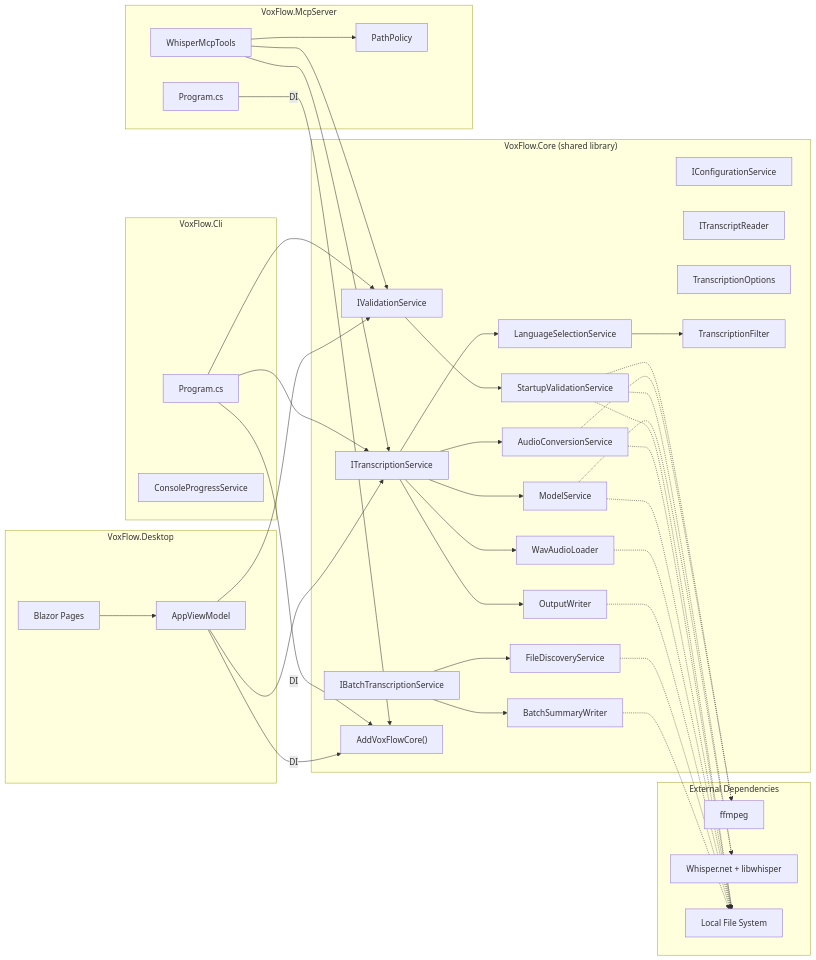
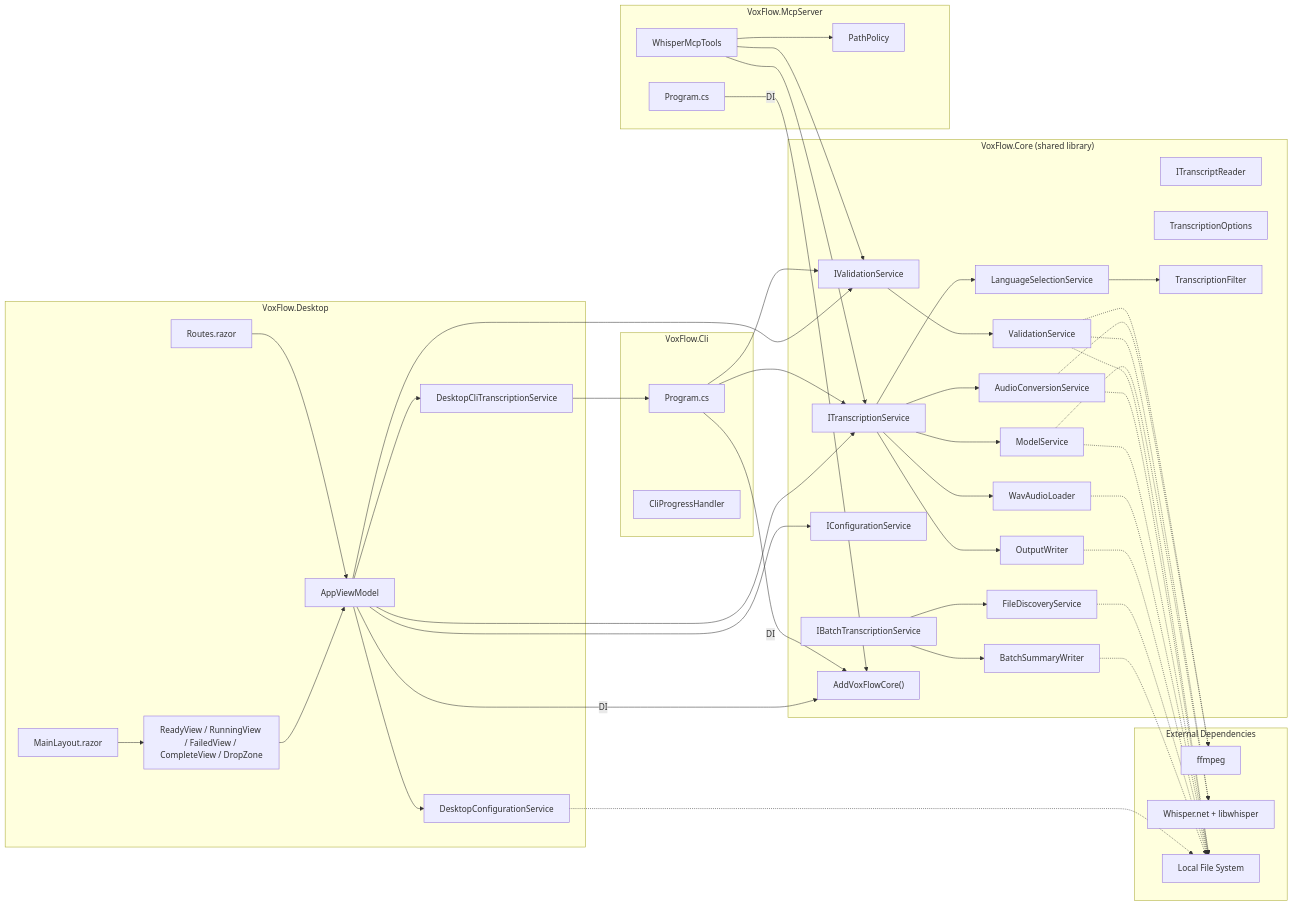
One commit to artemsemdev/VoxFlow changed the diagram in docs/architecture/03-component-view.md. Above: the diagram before and after it, drawn with Mermaid. The commit also changed other lines of this file and 12 other files, not shown here.

First line of the commit message:
refactor: simplify VoxFlow Desktop UI by removing NotReady state, settings panel, and status bar

````diff
--- a/docs/architecture/03-component-view.md
+++ b/docs/architecture/03-component-view.md
@@ -15,7 +15,7 @@
         addcore["AddVoxFlowCore()"]
 
         config["TranscriptionOptions"]
-        startup["StartupValidationService"]
+        validation["ValidationService"]
         convert["AudioConversionService"]
         modelsvc["ModelService"]
         loader["WavAudioLoader"]
@@ -28,7 +28,7 @@
 
     subgraph Cli["VoxFlow.Cli"]
         cli_program["Program.cs"]
-        cli_progress["ConsoleProgressService"]
+        cli_progress["CliProgressHandler"]
     end
 
     subgraph Mcp["VoxFlow.McpServer"]
@@ -38,8 +38,12 @@
     end
 
     subgraph Desktop["VoxFlow.Desktop"]
+        desktop_routes["Routes.razor"]
+        desktop_layout["MainLayout.razor"]
         desktop_vm["AppViewModel"]
-        desktop_pages["Blazor Pages"]
+        desktop_config["DesktopConfigurationService"]
+        desktop_bridge["DesktopCliTranscriptionService"]
+        desktop_pages["ReadyView / RunningView / FailedView / CompleteView / DropZone"]
     end
 
     subgraph External["External Dependencies"]
@@ -57,8 +61,13 @@
     mcp_tools --> iTranscription
     mcp_tools --> iValidation
     mcp_tools --> mcp_pathpolicy
+    desktop_routes --> desktop_vm
+    desktop_layout --> desktop_pages
+    desktop_vm --> iValidation
+    desktop_vm --> iConfig
     desktop_vm --> iTranscription
-    desktop_vm --> iValidation
+    desktop_vm --> desktop_bridge
+    desktop_vm --> desktop_config
     desktop_pages --> desktop_vm
 
     iTranscription --> convert
@@ -66,14 +75,14 @@
     iTranscription --> loader
     iTranscription --> select
     iTranscription --> output
-    iValidation --> startup
+    iValidation --> validation
     iBatch --> discovery
     iBatch --> summary
     select --> filter
 
-    startup -.-> files
-    startup -.-> ffmpeg
-    startup -.-> whisper
+    validation -.-> files
+    validation -.-> ffmpeg
+    validation -.-> whisper
     convert -.-> ffmpeg
     convert -.-> files
     modelsvc -.-> files
@@ -82,4 +91,6 @@
     output -.-> files
     discovery -.-> files
     summary -.-> files
+    desktop_config -.-> files
+    desktop_bridge --> cli_program
 ```
````
